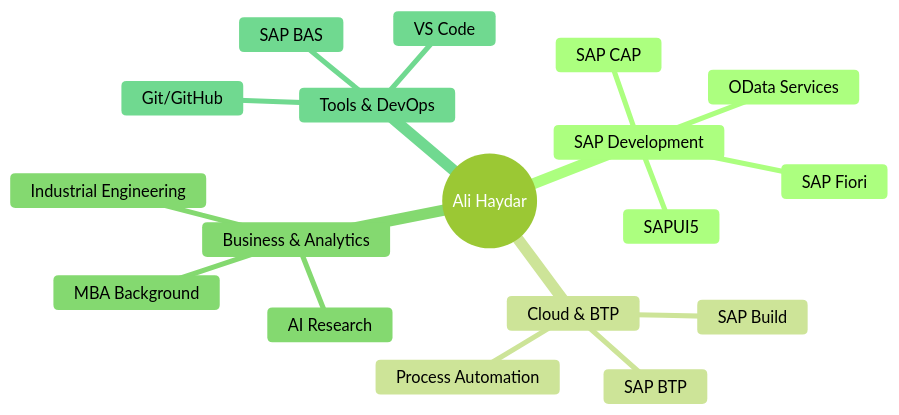
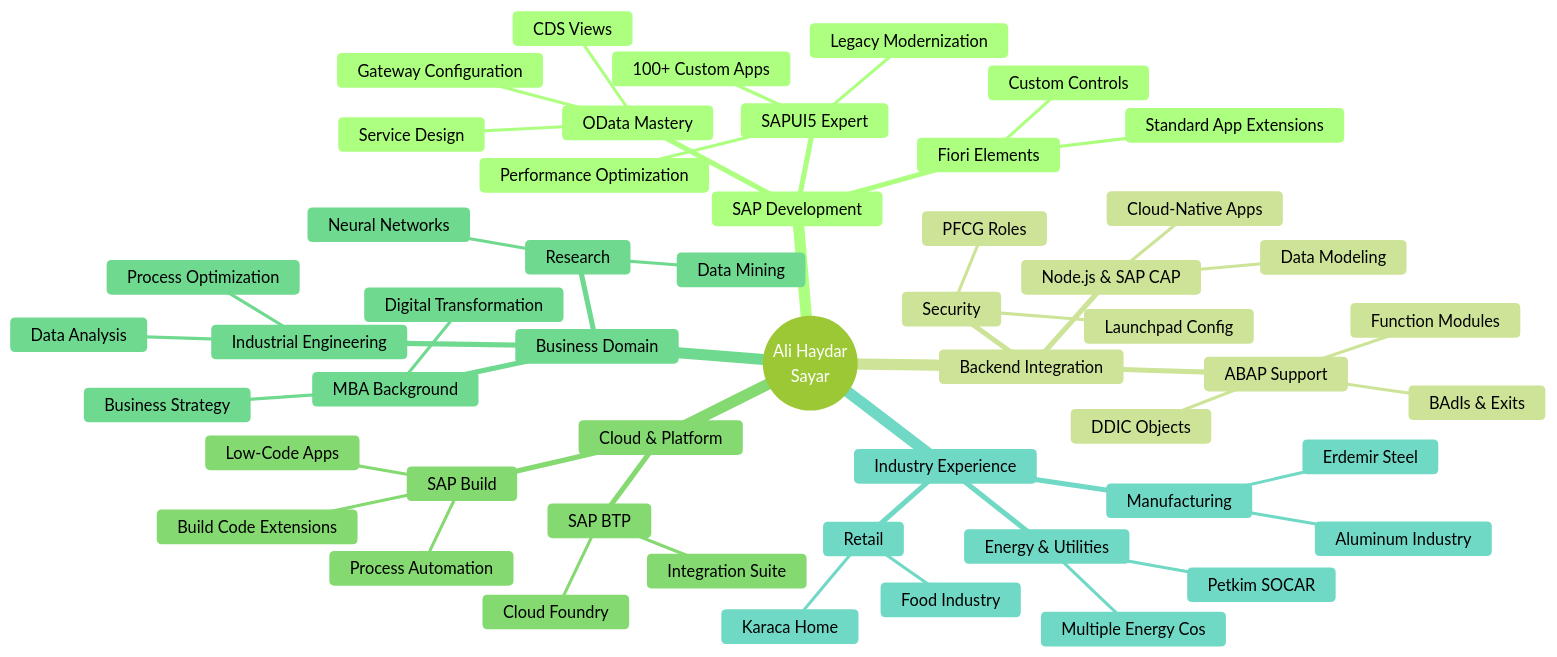
Before and after one commit to alihaydarsayar/alihaydarsayar: the second of 2 diagrams in README.md, drawn with Mermaid (forest theme). The commit also changed other lines of this file, not shown here.

````diff
--- a/README.md
+++ b/README.md
@@ -155,21 +440,55 @@
 ```mermaid
 mindmap
-  root((Ali Haydar))
+  root((Ali Haydar<br/>Sayar))
     SAP Development
-      SAPUI5
-      SAP Fiori
-      SAP CAP
-      OData Services
-    Cloud & BTP
+      SAPUI5 Expert
+        100+ Custom Apps
+        Legacy Modernization
+        Performance Optimization
+      Fiori Elements
+        Standard App Extensions
+        Custom Controls
+      OData Mastery
+        Service Design
+        Gateway Configuration
+        CDS Views
+    Backend Integration
+      Node.js & SAP CAP
+        Cloud-Native Apps
+        Data Modeling
+      ABAP Support
+        BAdIs & Exits
+        DDIC Objects
+        Function Modules
+      Security
+        PFCG Roles
+        Launchpad Config
+    Cloud & Platform
       SAP BTP
+        Cloud Foundry
+        Integration Suite
       SAP Build
-      Process Automation
-    Business & Analytics
+        Low-Code Apps
+        Process Automation
+        Build Code Extensions
+    Business Domain
       MBA Background
+        Business Strategy
+        Digital Transformation
       Industrial Engineering
-      AI Research
-    Tools & DevOps
-      Git/GitHub
-      VS Code
-      SAP BAS
+        Process Optimization
+        Data Analysis
+      Research
+        Neural Networks
+        Data Mining
+    Industry Experience
+      Manufacturing
+        Erdemir Steel
+        Aluminum Industry
+      Energy & Utilities
+        Petkim SOCAR
+        Multiple Energy Cos
+      Retail
+        Karaca Home
+        Food Industry
 ```
````
